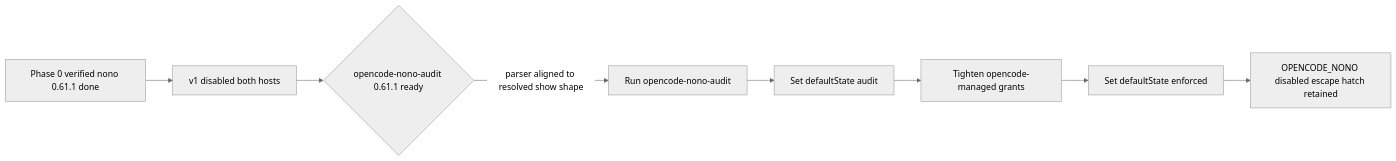
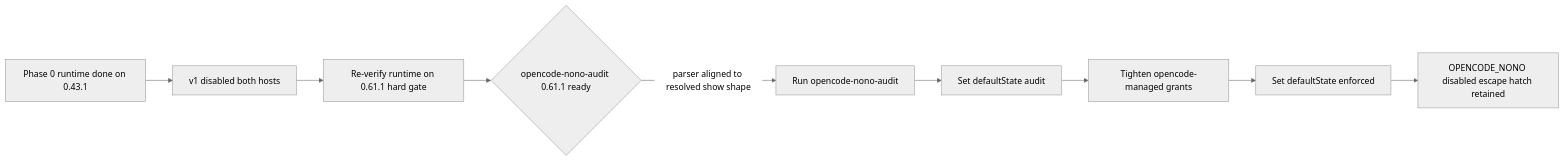
Before and after one commit to DWSR/nix-config: the third of 3 diagrams in .kiro/specs/opencode-nono-sandbox/design.md, drawn with Mermaid (neutral theme). The commit also changed other lines of this file and 2 other files, not shown here.

Commit message:
docs(opencode-nono-sandbox): apply design-review fixes, approve spec, add tasks

````diff
--- a/.kiro/specs/opencode-nono-sandbox/design.md
+++ b/.kiro/specs/opencode-nono-sandbox/design.md
@@ -631,10 +658,11 @@
 ```mermaid
 flowchart LR
-    Spike[Phase 0 verified nono 0.61.1 done] --> Disabled[v1 disabled both hosts]
-    Disabled --> AuditReady{opencode-nono-audit 0.61.1 ready}
+    Spike[Phase 0 runtime done on 0.43.1] --> Disabled[v1 disabled both hosts]
+    Disabled --> Reverify[Re-verify runtime on 0.61.1 hard gate]
+    Reverify --> AuditReady{opencode-nono-audit 0.61.1 ready}
     AuditReady -->|parser aligned to resolved show shape| AuditRun[Run opencode-nono-audit]
     AuditRun --> AuditState[Set defaultState audit]
     AuditState --> Tune[Tighten opencode-managed grants]
     Tune --> Enforced[Set defaultState enforced]
     Enforced --> Rollback[OPENCODE_NONO disabled escape hatch retained]
 ```
````
